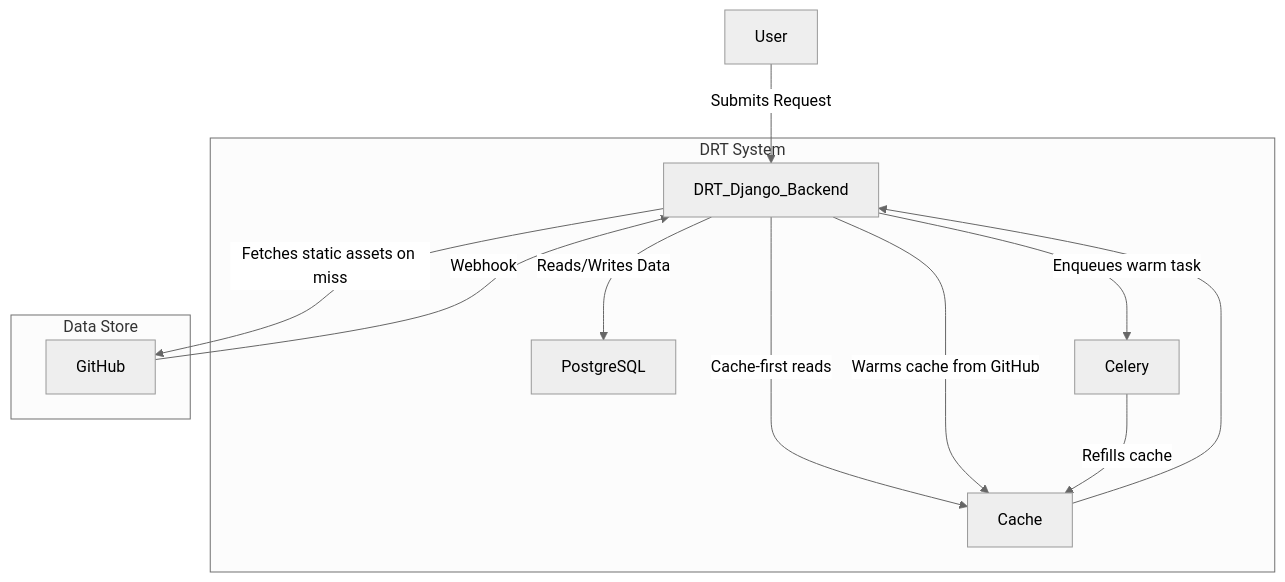
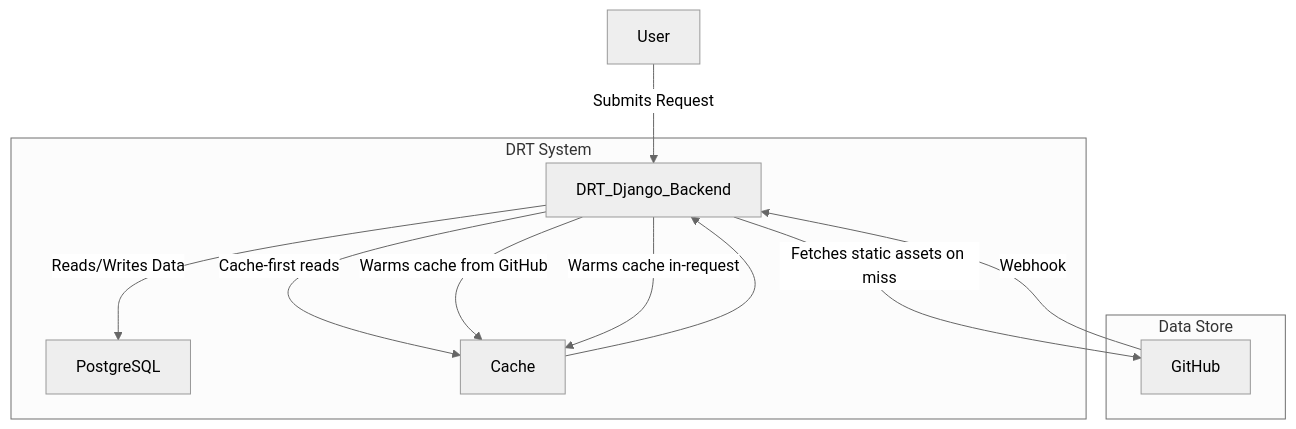
Before and after one commit to ClimateSmartAgCollab/DRT_Design_Document: the first of 5 diagrams in docs/cache-architecture.md, drawn with Mermaid (neutral theme). The commit also changed other lines of this file and 4 other files, not shown here.

````diff
--- a/docs/cache-architecture.md
+++ b/docs/cache-architecture.md
@@ -3,35 +3,32 @@
 ```mermaid
 graph TD;
 
     User[User] --> |Submits Request| DRT_Django_Backend;
 
     DRT_Django_Backend --> |Reads/Writes Data| PostgreSQL;
 
     DRT_Django_Backend --> |Cache-first reads| Cache;
     Cache --> DRT_Django_Backend;
 
     DRT_Django_Backend --> |Fetches static assets on miss| GitHub;
     DRT_Django_Backend --> |Warms cache from GitHub| Cache;
 
     GitHub --Webhook--> DRT_Django_Backend;
-    DRT_Django_Backend --Enqueues warm task--> Celery;
-    Celery --> |Refills cache| Cache;
+    DRT_Django_Backend --> |Warms cache in-request| Cache;
 
     subgraph "DRT System"
 
         DRT_Django_Backend
-
-        Celery
 
         Cache
 
         PostgreSQL
 
     end
 
     subgraph "Data Store"
 
         GitHub
 
     end
 ```
````
